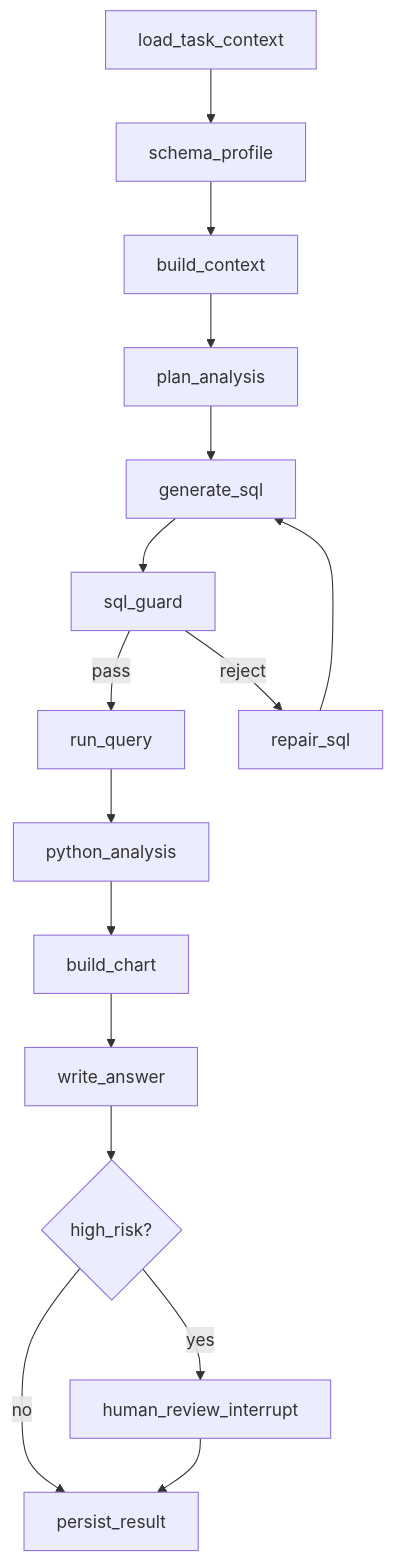
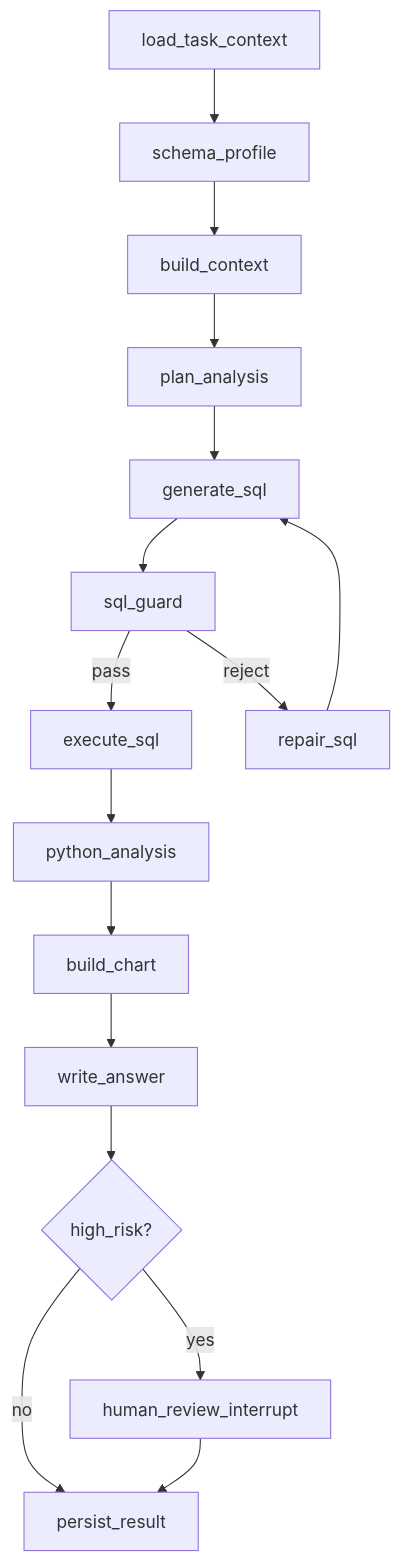
The second of 2 diagrams in docs/data-analysis-agent-architecture.md (YuStriving/Data-Analysis-Agent), drawn with Mermaid before and after one commit. The commit also changed 17 other files, not shown here.

````diff
--- a/docs/data-analysis-agent-architecture.md
+++ b/docs/data-analysis-agent-architecture.md
@@ -280,18 +280,18 @@
 ```mermaid
 flowchart TD
     A["load_task_context"] --> B["schema_profile"]
     B --> C["build_context"]
     C --> D["plan_analysis"]
     D --> E["generate_sql"]
     E --> F["sql_guard"]
-    F -->|pass| G["run_query"]
+    F -->|pass| G["execute_sql"]
     F -->|reject| H["repair_sql"]
     H --> E
     G --> I["python_analysis"]
     I --> J["build_chart"]
     J --> K["write_answer"]
     K --> L{"high_risk?"}
     L -->|yes| M["human_review_interrupt"]
     L -->|no| N["persist_result"]
     M --> N
 ```
````
